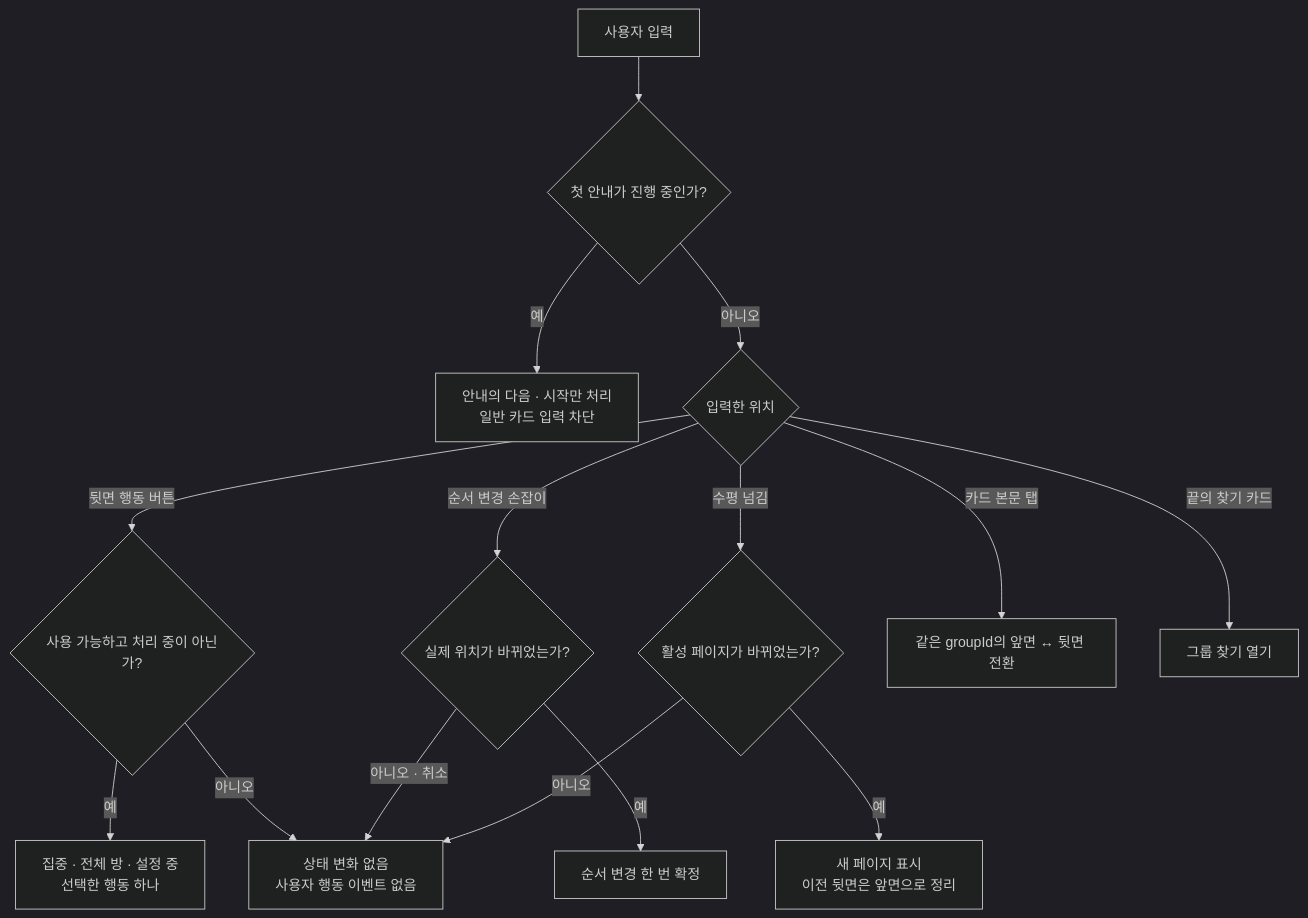
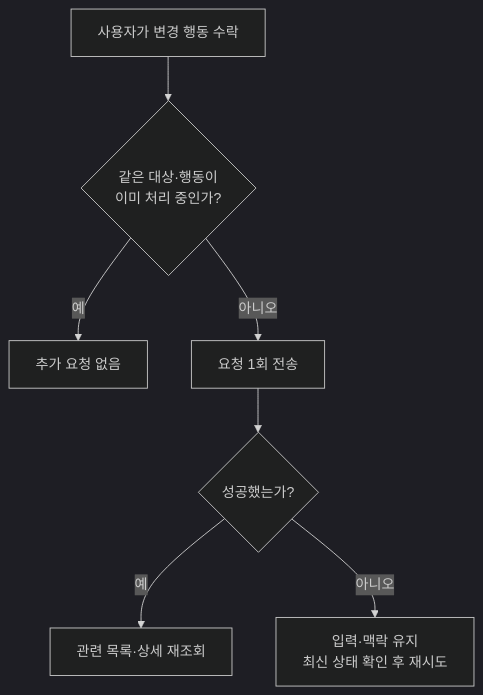
The third of 4 diagrams in docs/prd/group/low-level-design.md (OneOrThree/phone), drawn with Mermaid (dark theme) before and after one commit. The commit also changed other lines of this file and 17 other files, not shown here.

````diff
--- a/docs/prd/group/low-level-design.md
+++ b/docs/prd/group/low-level-design.md
@@ -77,21 +69,9 @@
 ```mermaid
 flowchart TD
-    Input["사용자 입력"] --> Guide{"첫 안내가 진행 중인가?"}
-    Guide -->|예| GuideOnly["안내의 다음 · 시작만 처리<br/>일반 카드 입력 차단"]
-    Guide -->|아니오| Surface{"입력한 위치"}
-
-    Surface -->|뒷면 행동 버튼| CTA{"사용 가능하고 처리 중이 아닌가?"}
-    CTA -->|예| Action["집중 · 전체 방 · 설정 중<br/>선택한 행동 하나"]
-    CTA -->|아니오| Noop["상태 변화 없음<br/>사용자 행동 이벤트 없음"]
-
-    Surface -->|순서 변경 손잡이| Drag{"실제 위치가 바뀌었는가?"}
-    Drag -->|예| Reorder["순서 변경 한 번 확정"]
-    Drag -->|아니오 · 취소| Noop
-
-    Surface -->|수평 넘김| Page{"활성 페이지가 바뀌었는가?"}
-    Page -->|예| Normalize["새 페이지 표시<br/>이전 뒷면은 앞면으로 정리"]
-    Page -->|아니오| Noop
-
-    Surface -->|카드 본문 탭| Flip["같은 groupId의 앞면 ↔ 뒷면 전환"]
-    Surface -->|끝의 찾기 카드| Find["그룹 찾기 열기"]
+    Intent["사용자가 변경 행동 수락"] --> Lock{"같은 대상·행동이<br/>이미 처리 중인가?"}
+    Lock -->|예| Ignore["추가 요청 없음"]
+    Lock -->|아니오| Submit["요청 1회 전송"]
+    Submit --> Result{"성공했는가?"}
+    Result -->|예| Reconcile["관련 목록·상세 재조회"]
+    Result -->|아니오| Retry["입력·맥락 유지<br/>최신 상태 확인 후 재시도"]
 ```
````
